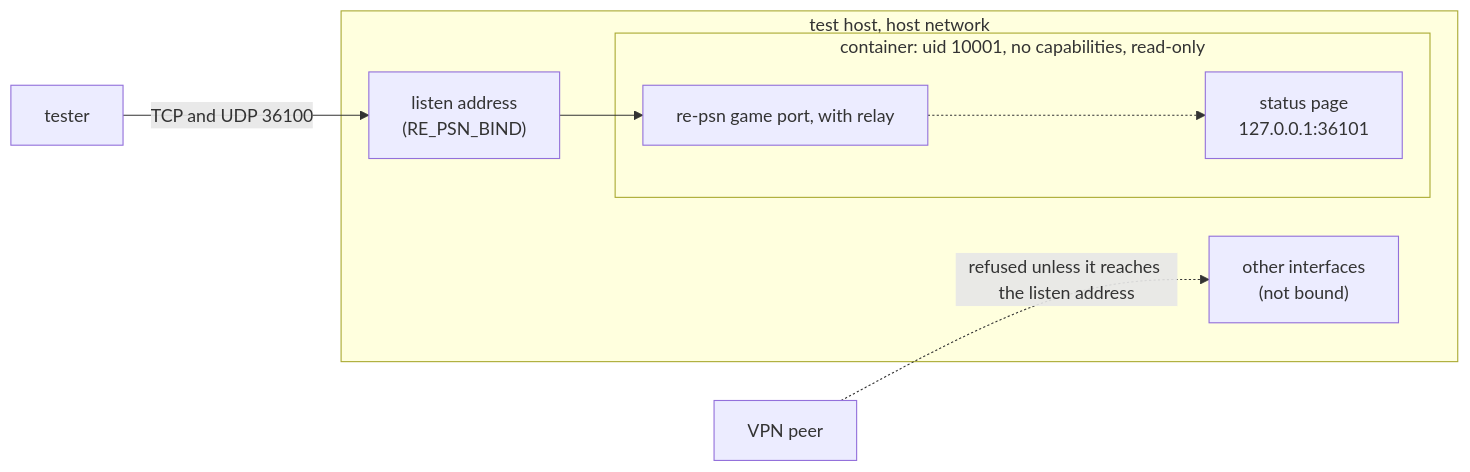
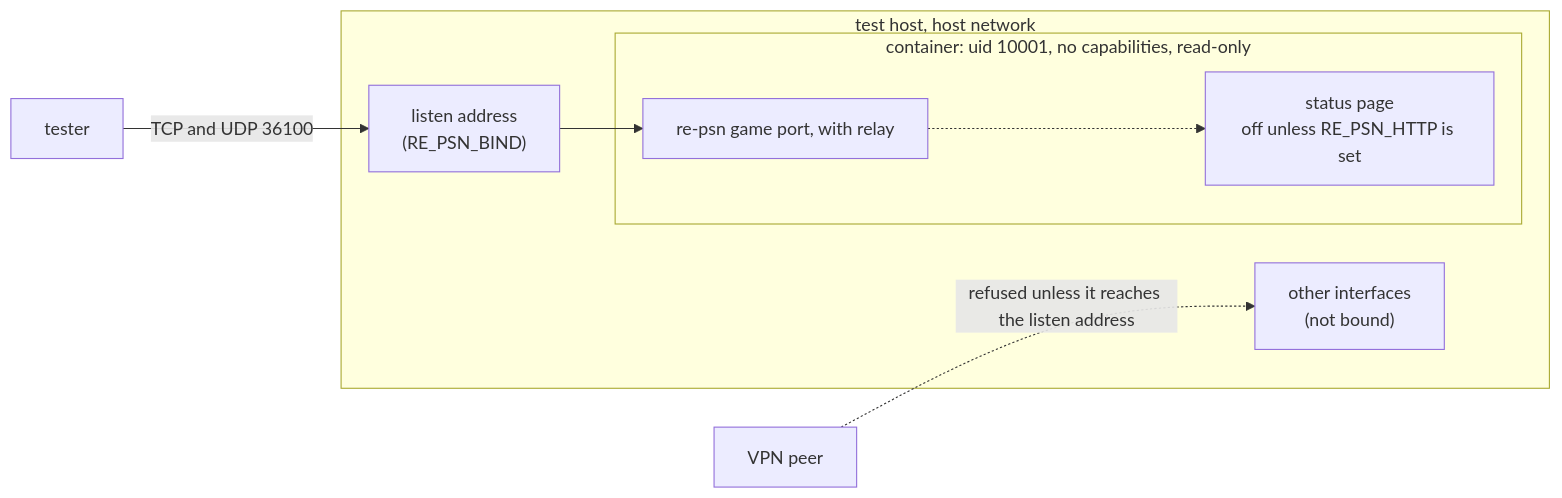
The fourth of 4 diagrams in docker/README.md (Tzeentchnet/re-psn), drawn with Mermaid before and after one commit. The commit also changed other lines of this file and 24 other files, not shown here.

First line of the commit message:
Make the status page and /api/stats opt-in

````diff
--- a/docker/README.md
+++ b/docker/README.md
@@ -203,17 +203,17 @@
 ```mermaid
 flowchart LR
   tester["tester"]
   vpn["VPN peer"]
   subgraph host["test host, host network"]
     nic["listen address<br/>(RE_PSN_BIND)"]
     other["other interfaces<br/>(not bound)"]
     subgraph ctr["container: uid 10001, no capabilities, read-only"]
       game["re-psn game port, with relay"]
-      status["status page<br/>127.0.0.1:36101"]
+      status["status page<br/>off unless RE_PSN_HTTP is set"]
     end
   end
   tester -- "TCP and UDP 36100" --> nic
   nic --> game
   vpn -. "refused unless it reaches the listen address" .-> other
   game -.-> status
 ```
````
